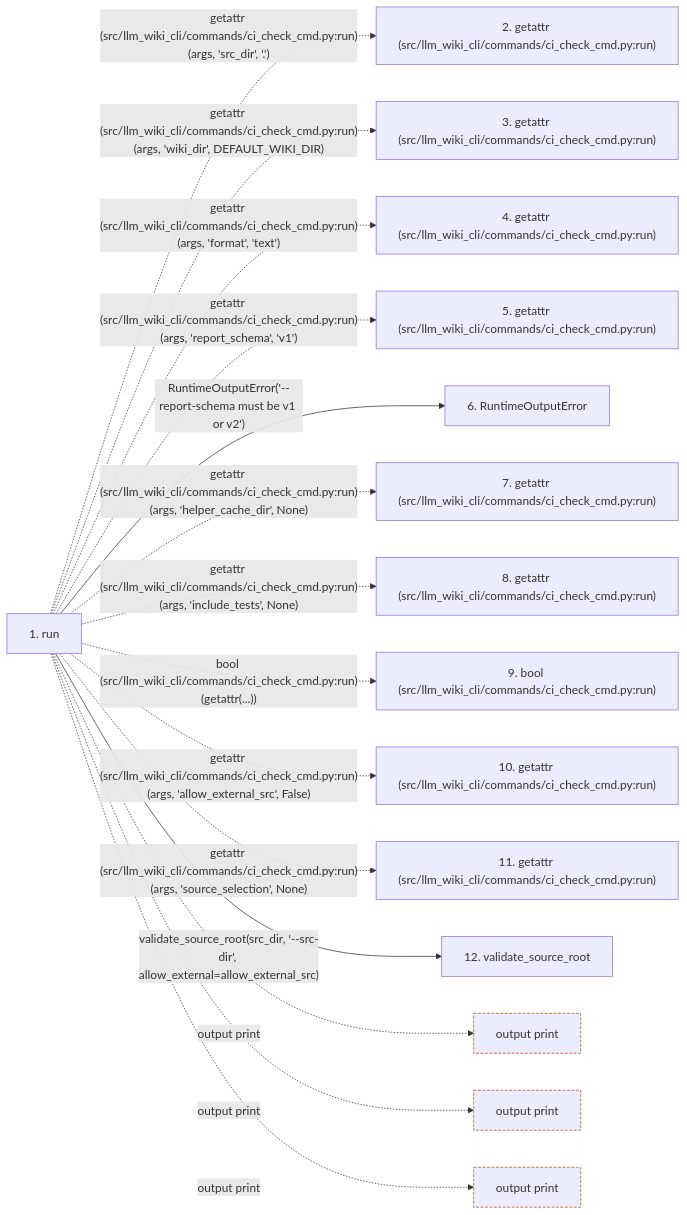
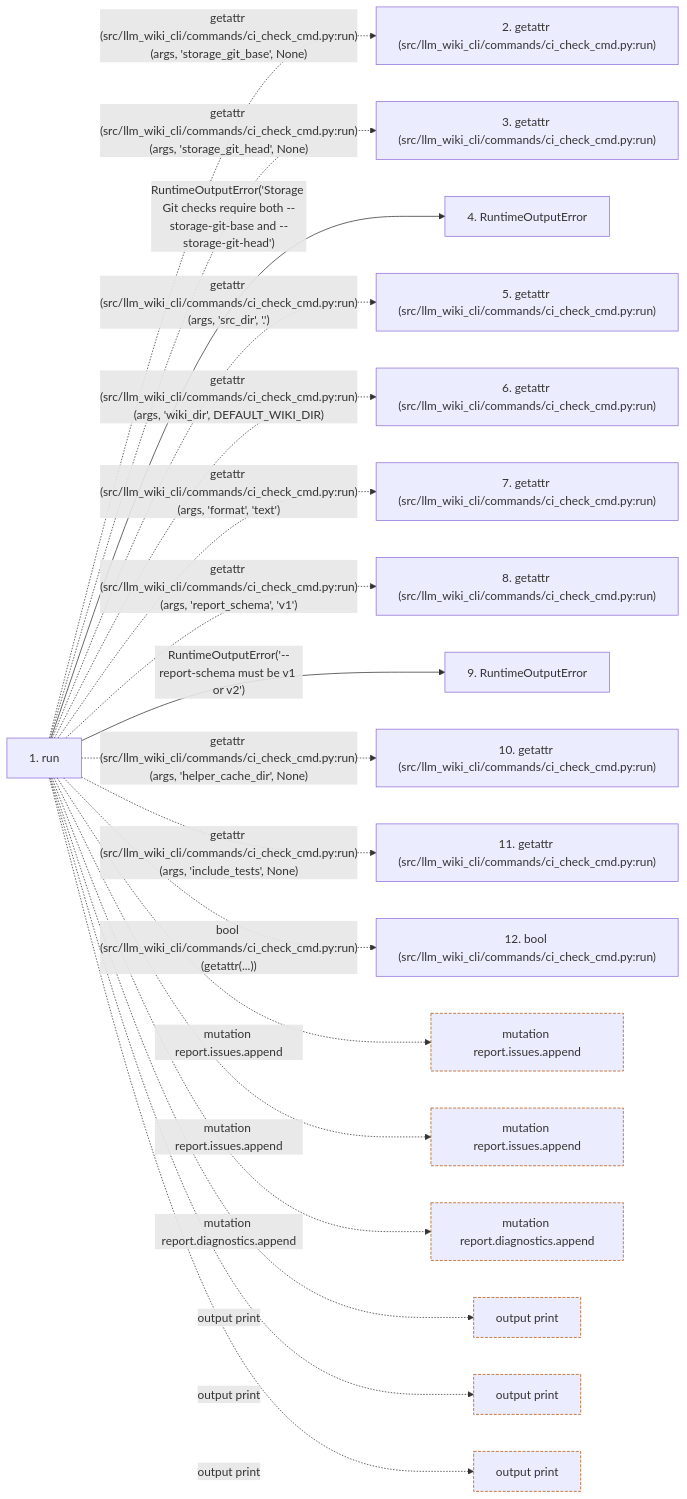
Before and after one commit to Denissvgn/python-wiki-llm: the second of 2 diagrams in docs/llm_wiki/flows/cli-ci-check.md, drawn with Mermaid. The commit also changed other lines of this file and 865 other files, not shown here.

````diff
--- a/docs/llm_wiki/flows/cli-ci-check.md
+++ b/docs/llm_wiki/flows/cli-ci-check.md
@@ -126,39 +131,48 @@
 ```mermaid
 flowchart LR
     s1["1. run"]
     s2["2. getattr (src/llm_wiki_cli/commands/ci_check_cmd.py:run)"]
     s3["3. getattr (src/llm_wiki_cli/commands/ci_check_cmd.py:run)"]
-    s4["4. getattr (src/llm_wiki_cli/commands/ci_check_cmd.py:run)"]
+    s4["4. RuntimeOutputError"]
     s5["5. getattr (src/llm_wiki_cli/commands/ci_check_cmd.py:run)"]
-    s6["6. RuntimeOutputError"]
+    s6["6. getattr (src/llm_wiki_cli/commands/ci_check_cmd.py:run)"]
     s7["7. getattr (src/llm_wiki_cli/commands/ci_check_cmd.py:run)"]
     s8["8. getattr (src/llm_wiki_cli/commands/ci_check_cmd.py:run)"]
-    s9["9. bool (src/llm_wiki_cli/commands/ci_check_cmd.py:run)"]
+    s9["9. RuntimeOutputError"]
     s10["10. getattr (src/llm_wiki_cli/commands/ci_check_cmd.py:run)"]
     s11["11. getattr (src/llm_wiki_cli/commands/ci_check_cmd.py:run)"]
-    s12["12. validate_source_root"]
-    s1 -. "getattr (src/llm_wiki_cli/commands/ci_check_cmd.py:run)(args, 'src_dir', '.')" .-> s2
-    s1 -. "getattr (src/llm_wiki_cli/commands/ci_check_cmd.py:run)(args, 'wiki_dir', DEFAULT_WIKI_DIR)" .-> s3
-    s1 -. "getattr (src/llm_wiki_cli/commands/ci_check_cmd.py:run)(args, 'format', 'text')" .-> s4
-    s1 -. "getattr (src/llm_wiki_cli/commands/ci_check_cmd.py:run)(args, 'report_schema', 'v1')" .-> s5
-    s1 -->|"RuntimeOutputError('--report-schema must be v1 or v2')"| s6
-    s1 -. "getattr (src/llm_wiki_cli/commands/ci_check_cmd.py:run)(args, 'helper_cache_dir', None)" .-> s7
-    s1 -. "getattr (src/llm_wiki_cli/commands/ci_check_cmd.py:run)(args, 'include_tests', None)" .-> s8
-    s1 -. "bool (src/llm_wiki_cli/commands/ci_check_cmd.py:run)(getattr(...))" .-> s9
-    s1 -. "getattr (src/llm_wiki_cli/commands/ci_check_cmd.py:run)(args, 'allow_external_src', False)" .-> s10
-    s1 -. "getattr (src/llm_wiki_cli/commands/ci_check_cmd.py:run)(args, 'source_selection', None)" .-> s11
-    s1 -->|"validate_source_root(src_dir, '--src-dir', allow_external=allow_external_src)"| s12
-    b0["output print"]
-    s1 -. "output print" .-> b0
-    b1["output print"]
-    s1 -. "output print" .-> b1
-    b2["output print"]
-    s1 -. "output print" .-> b2
+    s12["12. bool (src/llm_wiki_cli/commands/ci_check_cmd.py:run)"]
+    s1 -. "getattr (src/llm_wiki_cli/commands/ci_check_cmd.py:run)(args, 'storage_git_base', None)" .-> s2
+    s1 -. "getattr (src/llm_wiki_cli/commands/ci_check_cmd.py:run)(args, 'storage_git_head', None)" .-> s3
+    s1 -->|"RuntimeOutputError('Storage Git checks require both --storage-git-base and --storage-git-head')"| s4
+    s1 -. "getattr (src/llm_wiki_cli/commands/ci_check_cmd.py:run)(args, 'src_dir', '.')" .-> s5
+    s1 -. "getattr (src/llm_wiki_cli/commands/ci_check_cmd.py:run)(args, 'wiki_dir', DEFAULT_WIKI_DIR)" .-> s6
+    s1 -. "getattr (src/llm_wiki_cli/commands/ci_check_cmd.py:run)(args, 'format', 'text')" .-> s7
+    s1 -. "getattr (src/llm_wiki_cli/commands/ci_check_cmd.py:run)(args, 'report_schema', 'v1')" .-> s8
+    s1 -->|"RuntimeOutputError('--report-schema must be v1 or v2')"| s9
+    s1 -. "getattr (src/llm_wiki_cli/commands/ci_check_cmd.py:run)(args, 'helper_cache_dir', None)" .-> s10
+    s1 -. "getattr (src/llm_wiki_cli/commands/ci_check_cmd.py:run)(args, 'include_tests', None)" .-> s11
+    s1 -. "bool (src/llm_wiki_cli/commands/ci_check_cmd.py:run)(getattr(...))" .-> s12
+    b0["mutation report.issues.append"]
+    s1 -. "mutation report.issues.append" .-> b0
+    b1["mutation report.issues.append"]
+    s1 -. "mutation report.issues.append" .-> b1
+    b2["mutation report.diagnostics.append"]
+    s1 -. "mutation report.diagnostics.append" .-> b2
+    b3["output print"]
+    s1 -. "output print" .-> b3
+    b4["output print"]
+    s1 -. "output print" .-> b4
+    b5["output print"]
+    s1 -. "output print" .-> b5
     click s1 "../modules/ci_check_cmd.md"
-    click s6 "../modules/runtime_output.md"
-    click s12 "../modules/config.md"
+    click s4 "../modules/runtime_output.md"
+    click s9 "../modules/runtime_output.md"
     classDef boundary stroke:#b45309,stroke-dasharray: 4 2
     class b0 boundary
     class b1 boundary
     class b2 boundary
+    class b3 boundary
+    class b4 boundary
+    class b5 boundary
 ```
````
